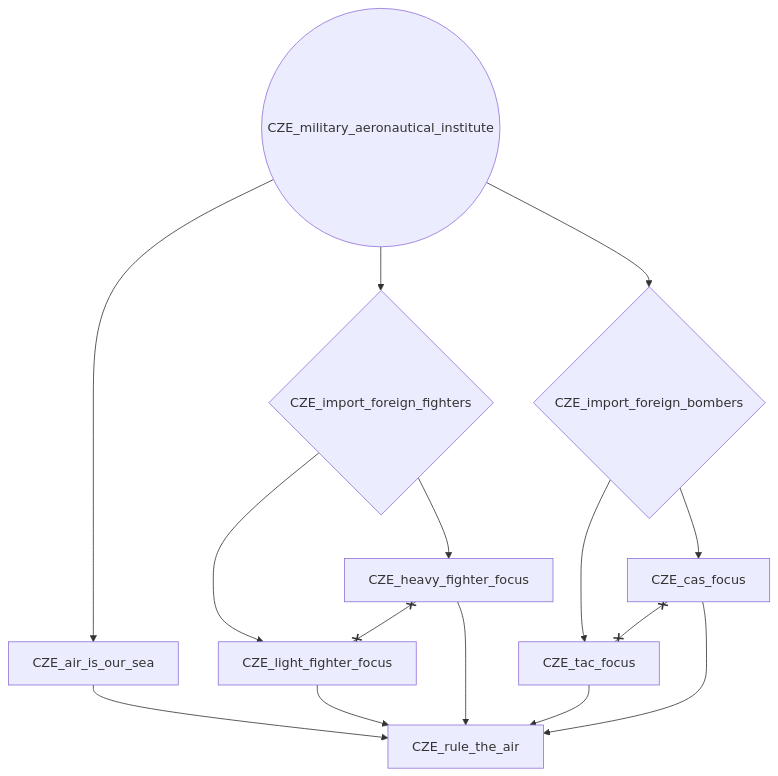
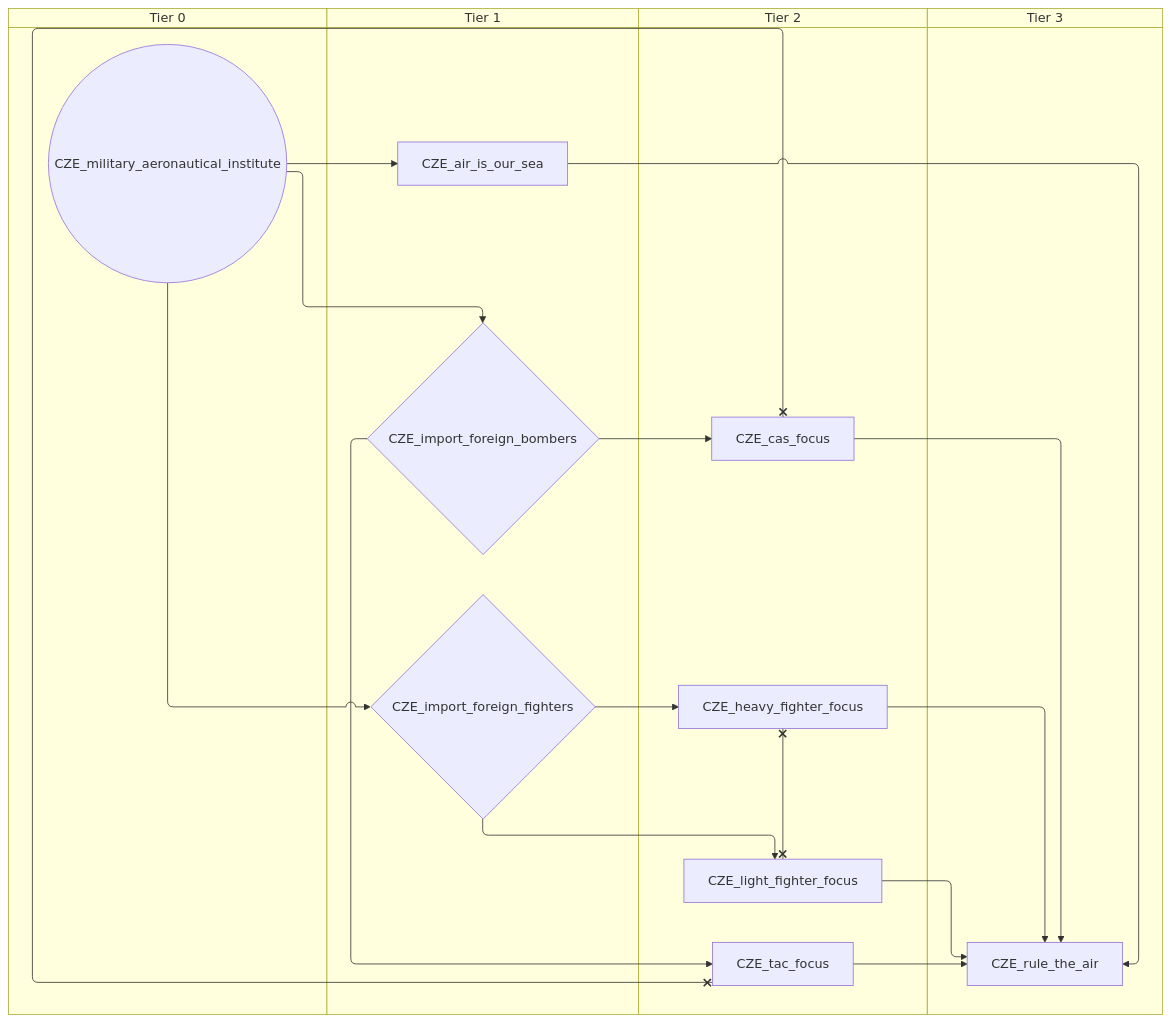
One commit to evgeny-sobol/hoi4-sandbox-mode changed the fourth of 7 diagrams in docs/gdd/National Focuses/czechoslovakia.md. Above: the diagram before and after it, drawn with Mermaid. The commit also changed other lines of this file and 80 other files, not shown here.

First line of the commit message:
Add swimlane mode to focus graph exporter

````diff
--- a/docs/gdd/National Focuses/czechoslovakia.md
+++ b/docs/gdd/National Focuses/czechoslovakia.md
@@ -76,26 +102,34 @@
 ```mermaid
-flowchart TD
-    n28["CZE_air_is_our_sea"]
-    n29["CZE_cas_focus"]
-    n30["CZE_heavy_fighter_focus"]
-    n31{"CZE_import_foreign_bombers"}
-    n32{"CZE_import_foreign_fighters"}
-    n33["CZE_light_fighter_focus"]
-    n34(("CZE_military_aeronautical_institute"))
-    n35["CZE_rule_the_air"]
-    n36["CZE_tac_focus"]
-    n34 --> n28
-    n31 --> n29
-    n32 --> n30
-    n34 --> n31
-    n34 --> n32
-    n32 --> n33
-    n28 --> n35
-    n33 --> n35
+swimlane-beta TD
+    subgraph tier_0["Tier 0"]
+        n28(("CZE_military_aeronautical_institute"))
+    end
+    subgraph tier_1["Tier 1"]
+        n29["CZE_air_is_our_sea"]
+        n30{"CZE_import_foreign_bombers"}
+        n31{"CZE_import_foreign_fighters"}
+    end
+    subgraph tier_2["Tier 2"]
+        n32["CZE_cas_focus"]
+        n33["CZE_heavy_fighter_focus"]
+        n34["CZE_light_fighter_focus"]
+        n35["CZE_tac_focus"]
+    end
+    subgraph tier_3["Tier 3"]
+        n36["CZE_rule_the_air"]
+    end
+    n28 --> n29
+    n30 --> n32
+    n31 --> n33
+    n28 --> n30
+    n28 --> n31
+    n31 --> n34
+    n29 --> n36
+    n34 --> n36
+    n33 --> n36
+    n35 --> n36
+    n32 --> n36
     n30 --> n35
-    n36 --> n35
-    n29 --> n35
-    n31 --> n36
-    n29 x--x n36
-    n30 x--x n33
+    n32 x--x n35
+    n33 x--x n34
 ```
````
